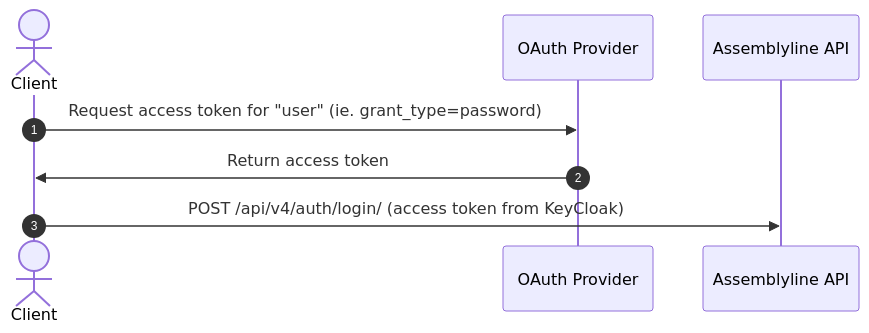
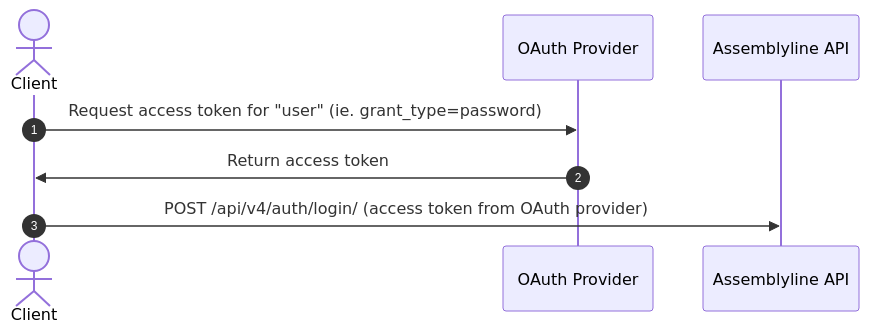
The first of 2 diagrams in docs/integration/authentication.md (CybercentreCanada/assemblyline4_docs), drawn with Mermaid before and after one commit. The commit also changed other lines of this file, not shown here.

Commit message:
Update language to generalize OAuth provider in diagrams

````diff
--- a/docs/integration/authentication.md
+++ b/docs/integration/authentication.md
@@ -11,11 +11,11 @@
 ``` mermaid
 sequenceDiagram
   autonumber
   actor Client
-  participant KeyCloak as OAuth Provider
+  participant OAuth Provider
   participant Assemblyline as Assemblyline API
 
-  Client->>KeyCloak: Request access token for "user" (ie. grant_type=password)
-  KeyCloak->>Client: Return access token
-  Client->>Assemblyline: POST /api/v4/auth/login/ (access token from KeyCloak)
+  Client->>OAuth Provider: Request access token for "user" (ie. grant_type=password)
+  OAuth Provider->>Client: Return access token
+  Client->>Assemblyline: POST /api/v4/auth/login/ (access token from OAuth provider)
 ```
````
